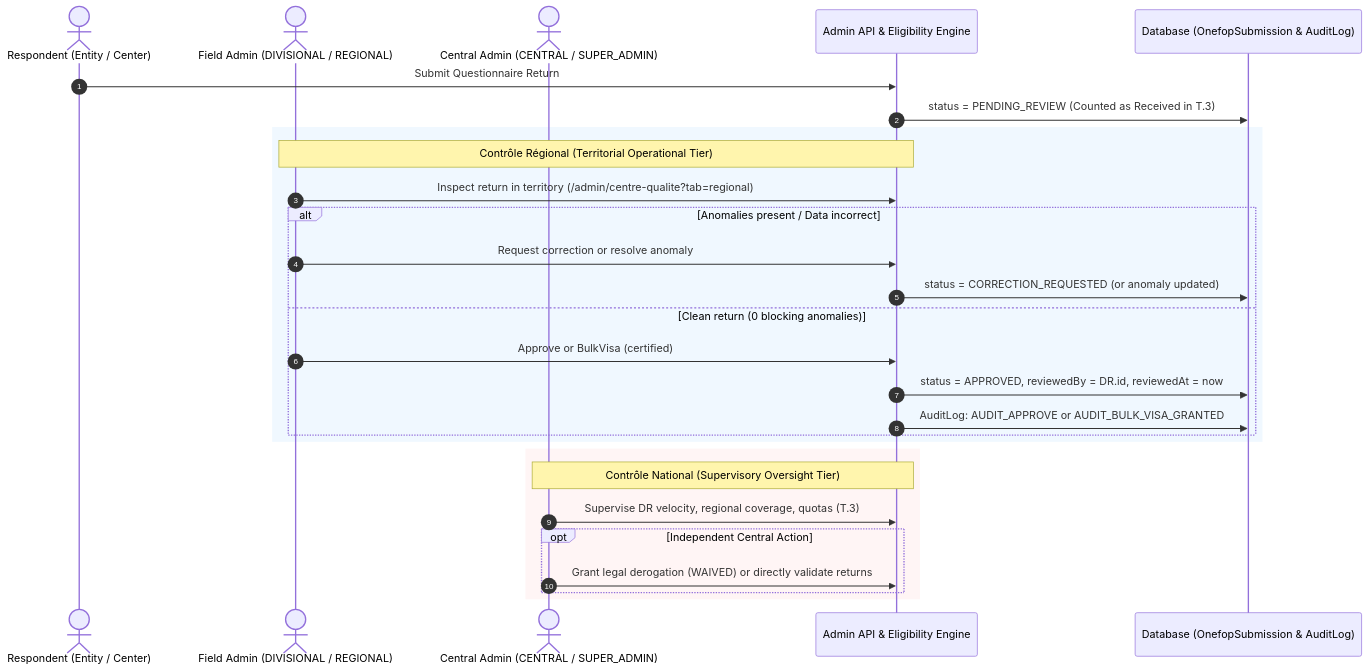
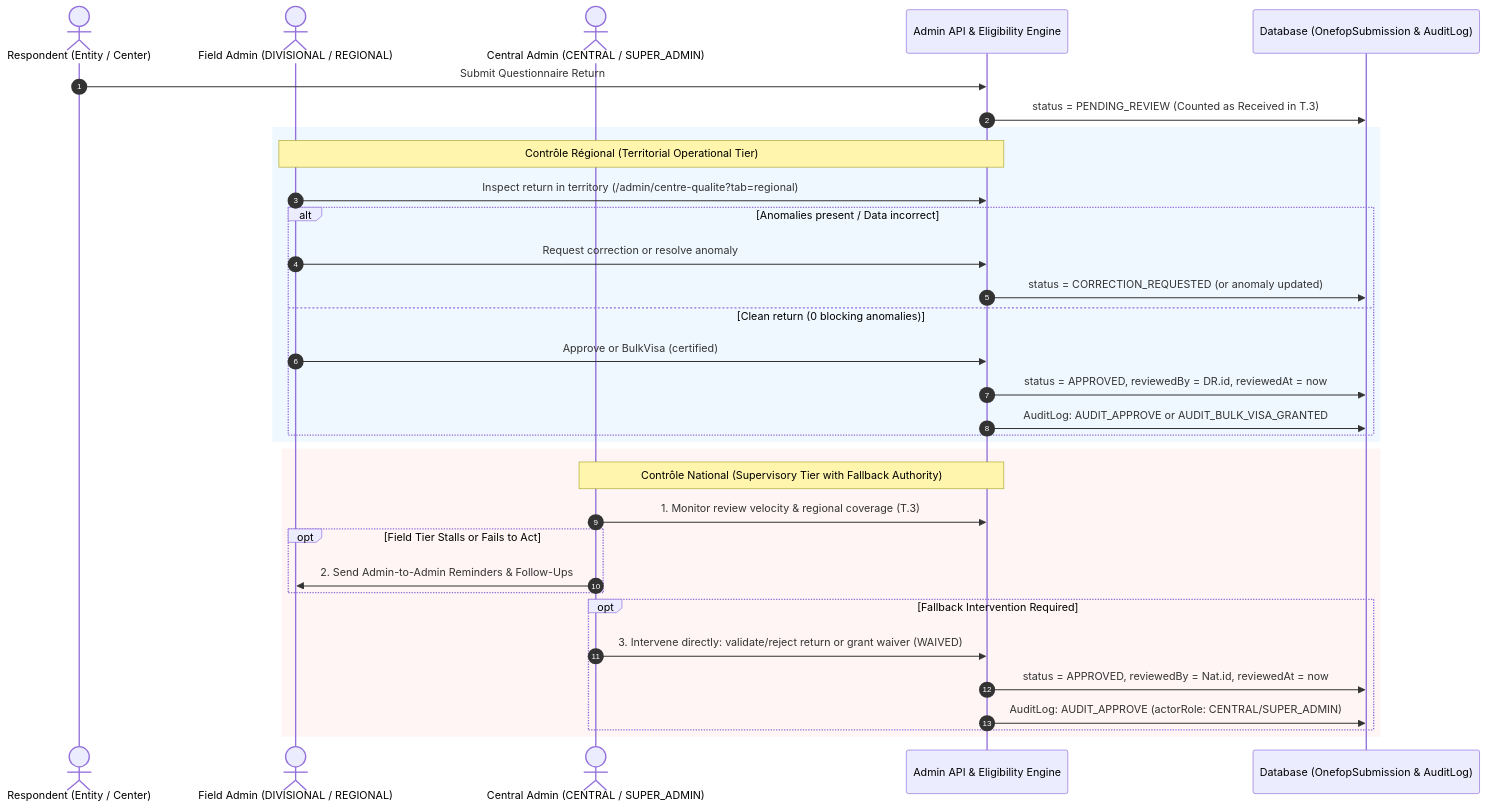
One commit to emmacla-del/dsmo-app changed the second of 2 diagrams in docs/design/regional-review-tier-scoping.md. Above: the diagram before and after it, drawn with Mermaid. The commit also changed other lines of this file, not shown here.

Commit message:
docs: add fallback authority and admin-to-admin reminders to regional review tier

````diff
--- a/docs/design/regional-review-tier-scoping.md
+++ b/docs/design/regional-review-tier-scoping.md
@@ -123,33 +131,38 @@
 ```mermaid
 sequenceDiagram
     autonumber
     actor Resp as Respondent (Entity / Center)
     actor DR as Field Admin (DIVISIONAL / REGIONAL)
     actor Nat as Central Admin (CENTRAL / SUPER_ADMIN)
     participant API as Admin API & Eligibility Engine
     participant DB as Database (OnefopSubmission & AuditLog)
 
     Resp->>API: Submit Questionnaire Return
     API->>DB: status = PENDING_REVIEW (Counted as Received in T.3)
 
     rect rgb(240, 248, 255)
     Note over DR, API: Contrôle Régional (Territorial Operational Tier)
     DR->>API: Inspect return in territory (/admin/centre-qualite?tab=regional)
     alt Anomalies present / Data incorrect
         DR->>API: Request correction or resolve anomaly
         API->>DB: status = CORRECTION_REQUESTED (or anomaly updated)
     else Clean return (0 blocking anomalies)
         DR->>API: Approve or BulkVisa (certified)
         API->>DB: status = APPROVED, reviewedBy = DR.id, reviewedAt = now
         API->>DB: AuditLog: AUDIT_APPROVE or AUDIT_BULK_VISA_GRANTED
     end
     end
 
     rect rgb(255, 245, 245)
-    Note over Nat, API: Contrôle National (Supervisory Oversight Tier)
-    Nat->>API: Supervise DR velocity, regional coverage, quotas (T.3)
-    opt Independent Central Action
-        Nat->>API: Grant legal derogation (WAIVED) or directly validate returns
+    Note over Nat, API: Contrôle National (Supervisory Tier with Fallback Authority)
+    Nat->>API: 1. Monitor review velocity & regional coverage (T.3)
+    opt Field Tier Stalls or Fails to Act
+        Nat->>DR: 2. Send Admin-to-Admin Reminders & Follow-Ups
+    end
+    opt Fallback Intervention Required
+        Nat->>API: 3. Intervene directly: validate/reject return or grant waiver (WAIVED)
+        API->>DB: status = APPROVED, reviewedBy = Nat.id, reviewedAt = now
+        API->>DB: AuditLog: AUDIT_APPROVE (actorRole: CENTRAL/SUPER_ADMIN)
     end
     end
 ```
````
